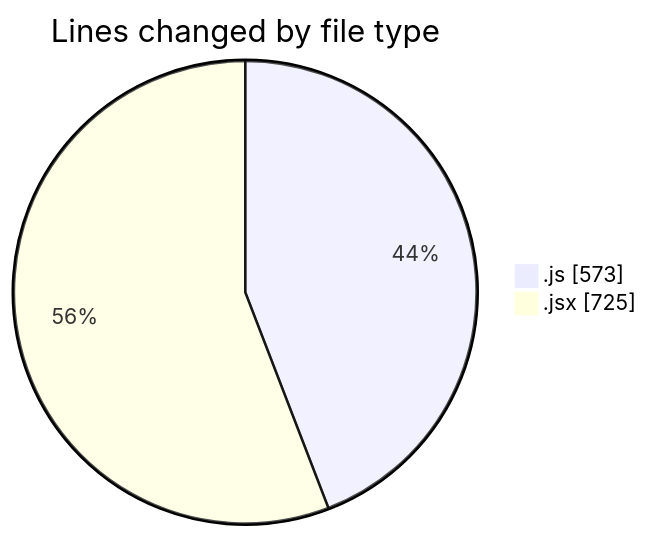
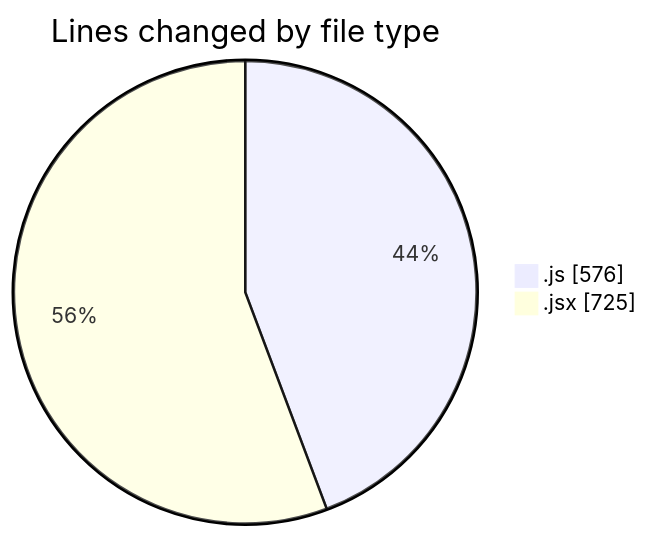
One commit to nxtqubesakshisongat/code-tracking changed the first of 2 diagrams in 2025-05-29/nxtqube_webapp/README.md. Above: the diagram before and after it, drawn with Mermaid. The commit also changed other lines of this file and 1 other file, not shown here.

````diff
--- a/2025-05-29/nxtqube_webapp/README.md
+++ b/2025-05-29/nxtqube_webapp/README.md
@@ -32,6 +32,6 @@
 ```mermaid
 pie showData
 title Lines changed by file type
-".js" : 573
+".js" : 576
 ".jsx" : 725
 ```
````
